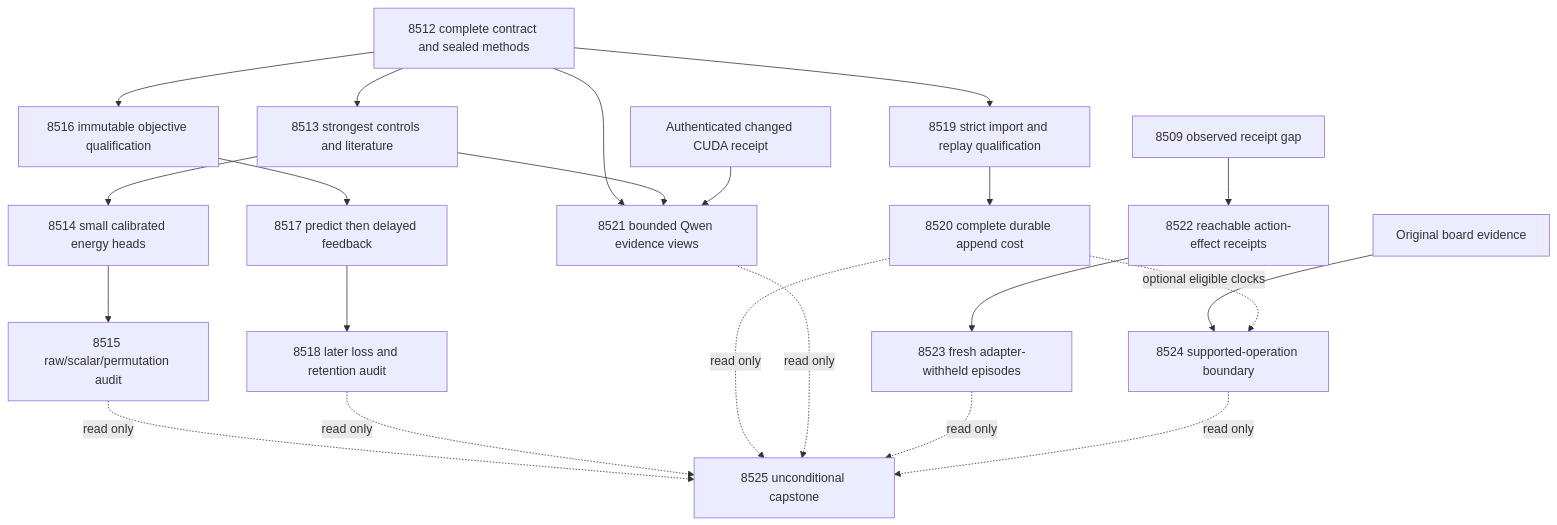
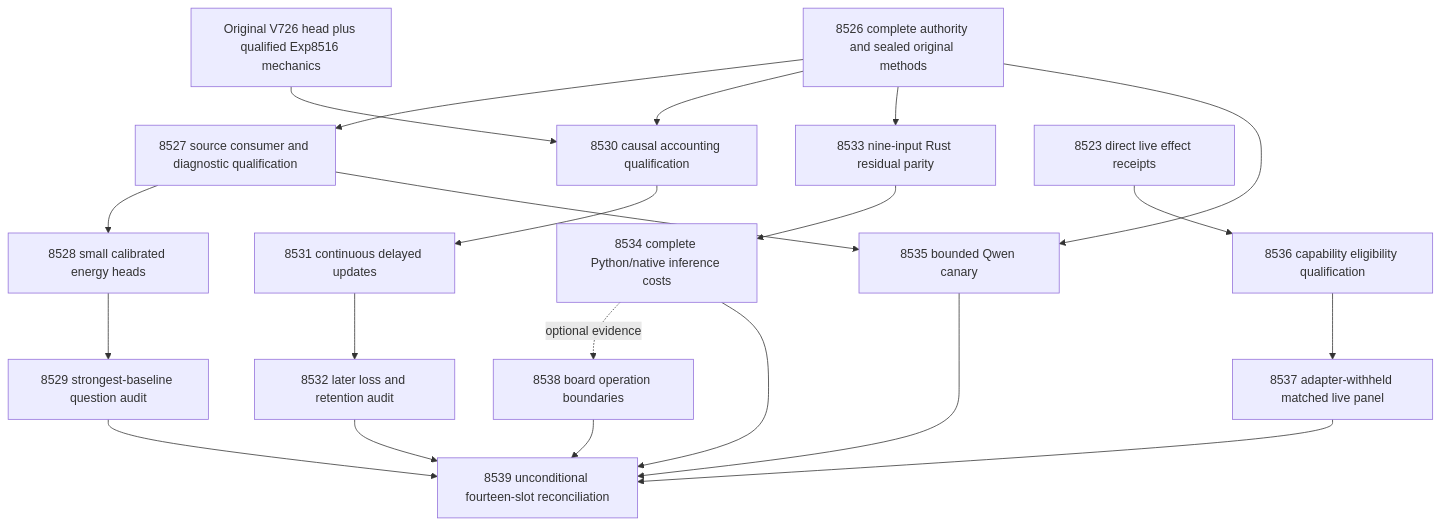
Before and after one commit to Carnot-EBM/carnot-ebm: the diagram in openspec/change-proposals/research-roadmap-vNEXT.md, drawn with Mermaid. The commit also changed other lines of this file and 20 other files, not shown here.

````diff
--- a/openspec/change-proposals/research-roadmap-vNEXT.md
+++ b/openspec/change-proposals/research-roadmap-vNEXT.md
@@ -77,24 +76,24 @@
 ```mermaid
 flowchart TD
-  A[8512 complete contract and sealed methods] --> B[8513 strongest controls and literature]
-  B --> C[8514 small calibrated energy heads]
-  C --> D[8515 raw/scalar/permutation audit]
-  A --> E[8516 immutable objective qualification]
-  E --> F[8517 predict then delayed feedback]
-  F --> G[8518 later loss and retention audit]
-  A --> H[8519 strict import and replay qualification]
-  H --> I[8520 complete durable append cost]
-  A --> Q[8521 bounded Qwen evidence views]
-  B --> Q
-  R[Authenticated changed CUDA receipt] --> Q
-  V[8509 observed receipt gap] --> J[8522 reachable action-effect receipts]
-  J --> K[8523 fresh adapter-withheld episodes]
-  O[Original board evidence] --> L[8524 supported-operation boundary]
-  I -. optional eligible clocks .-> L
-  D -. read only .-> Z[8525 unconditional capstone]
-  G -. read only .-> Z
-  I -. read only .-> Z
-  Q -. read only .-> Z
-  K -. read only .-> Z
-  L -. read only .-> Z
+  A[8526 complete authority and sealed original methods]
+  A --> S[8527 source consumer and diagnostic qualification]
+  S --> F[8528 small calibrated energy heads]
+  F --> V[8529 strongest-baseline question audit]
+  A --> Q[8530 causal accounting qualification]
+  H[Original V726 head plus qualified Exp8516 mechanics] --> Q
+  Q --> L[8531 continuous delayed updates]
+  L --> R[8532 later loss and retention audit]
+  A --> N[8533 nine-input Rust residual parity]
+  N --> C[8534 complete Python/native inference costs]
+  A --> G[8535 bounded Qwen canary]
+  S --> G
+  D[8523 direct live effect receipts] --> E[8536 capability eligibility qualification]
+  E --> P[8537 adapter-withheld matched live panel]
+  C -. optional evidence .-> B[8538 board operation boundaries]
+  V --> Z[8539 unconditional fourteen-slot reconciliation]
+  R --> Z
+  C --> Z
+  G --> Z
+  P --> Z
+  B --> Z
 ```
````
